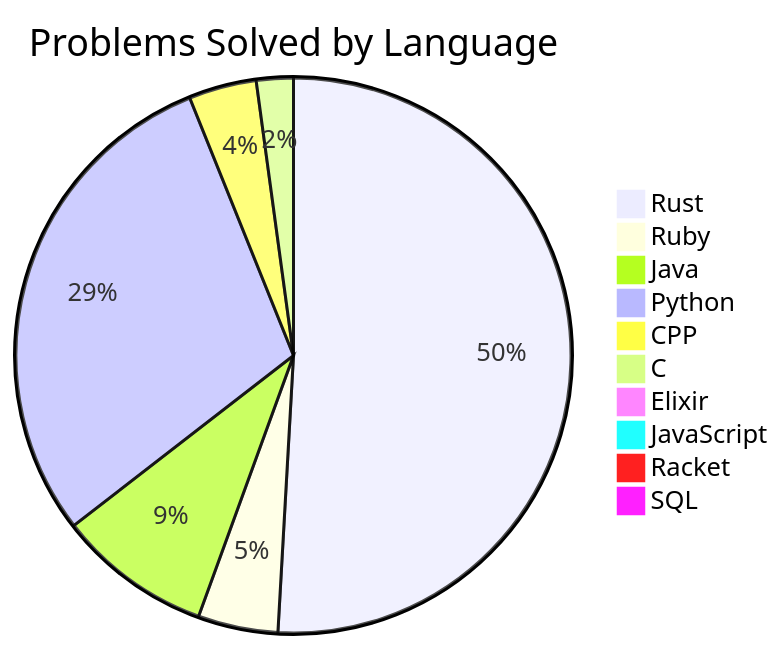
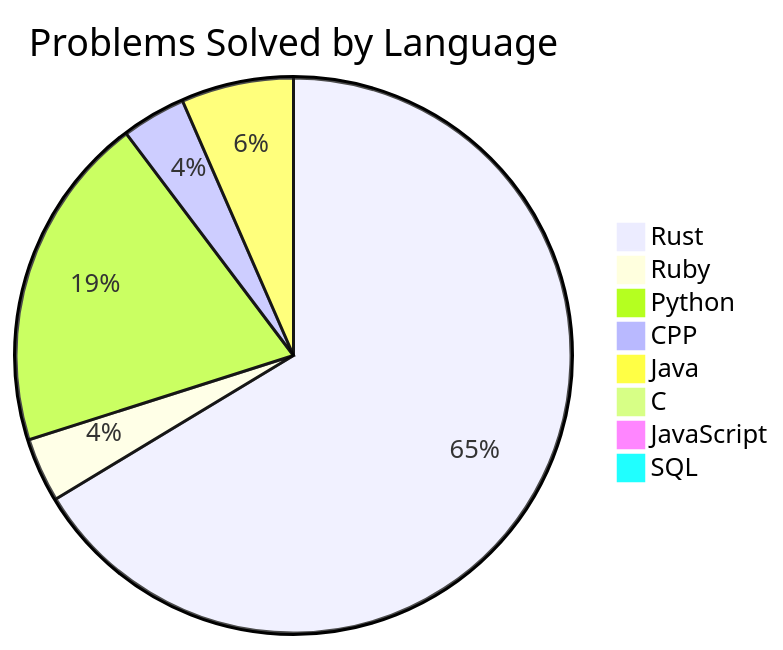
Before and after one commit to Liam-Wirth/leetcode-solutions: the second of 2 diagrams in README.md, drawn with Mermaid. The commit also changed other lines of this file and 6 other files, not shown here.

````diff
--- a/README.md
+++ b/README.md
@@ -46,13 +46,11 @@
 ```mermaid
 pie title Problems Solved by Language
     "Rust": 142
-    "Ruby": 13
-    "Java": 25
-    "Python": 82
-    "CPP": 11
-    "C": 6
-    "Elixir": 2
+    "Ruby": 8
+    "Python": 42
+    "CPP": 8
+    "Java": 14
+    "C": 1
     "JavaScript": 2
-    "Racket": 1
     "SQL": 2
 ```
````
